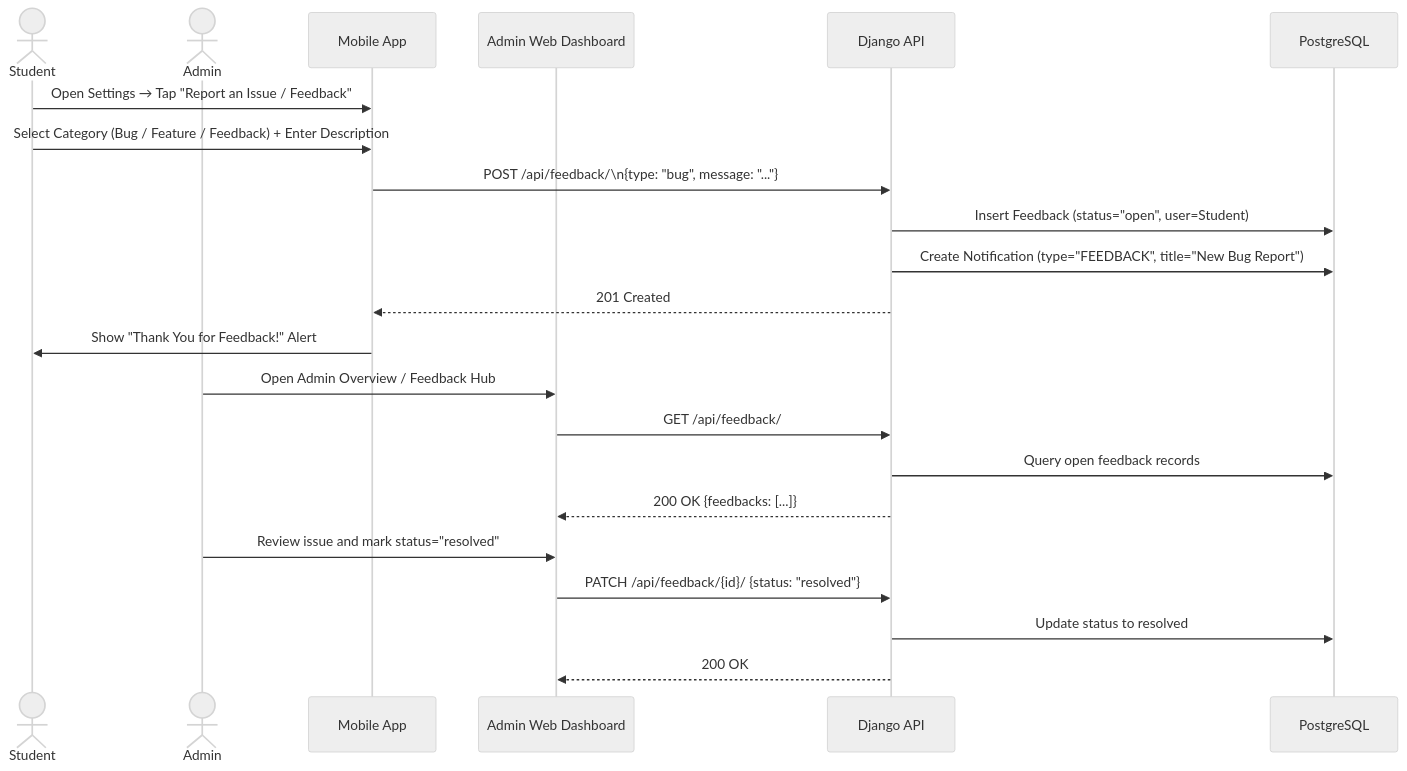
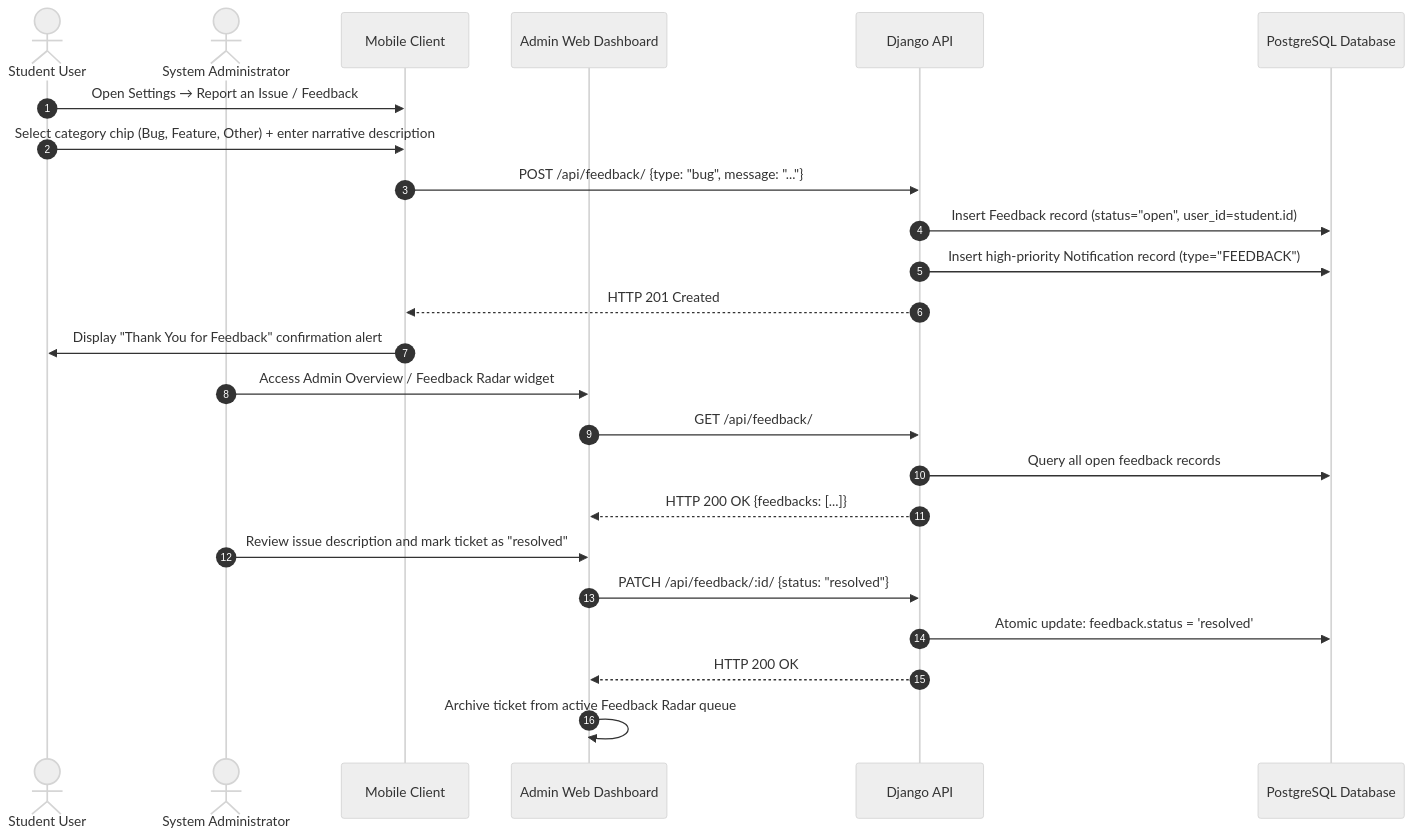
One commit to Cipher-Syntax/ARQuest changed the seventh of 11 diagrams in data-flow.md. Above: the diagram before and after it, drawn with Mermaid (neutral theme). The commit also changed other lines of this file and 8 other files, not shown here.

Commit message:
Updated: documentation + diagrams

````diff
--- a/data-flow.md
+++ b/data-flow.md
@@ -204,26 +244,28 @@
 ```mermaid
 sequenceDiagram
-    actor Student
-    actor Admin
-    participant App as Mobile App
-    participant Dashboard as Admin Web Dashboard
+    autonumber
+    actor Student as Student User
+    actor Admin as System Administrator
+    participant App as Mobile Client
+    participant Web as Admin Web Dashboard
     participant API as Django API
-    participant DB as PostgreSQL
+    participant DB as PostgreSQL Database
 
-    Student->>App: Open Settings → Tap "Report an Issue / Feedback"
-    Student->>App: Select Category (Bug / Feature / Feedback) + Enter Description
-    App->>API: POST /api/feedback/\n{type: "bug", message: "..."}
-    API->>DB: Insert Feedback (status="open", user=Student)
-    API->>DB: Create Notification (type="FEEDBACK", title="New Bug Report")
-    API-->>App: 201 Created
-    App->>Student: Show "Thank You for Feedback!" Alert
+    Student->>App: Open Settings → Report an Issue / Feedback
+    Student->>App: Select category chip (Bug, Feature, Other) + enter narrative description
+    App->>API: POST /api/feedback/ {type: "bug", message: "..."}
+    API->>DB: Insert Feedback record (status="open", user_id=student.id)
+    API->>DB: Insert high-priority Notification record (type="FEEDBACK")
+    API-->>App: HTTP 201 Created
+    App->>Student: Display "Thank You for Feedback" confirmation alert
 
-    Admin->>Dashboard: Open Admin Overview / Feedback Hub
-    Dashboard->>API: GET /api/feedback/
-    API->>DB: Query open feedback records
-    API-->>Dashboard: 200 OK {feedbacks: [...]}
-    Admin->>Dashboard: Review issue and mark status="resolved"
-    Dashboard->>API: PATCH /api/feedback/{id}/ {status: "resolved"}
-    API->>DB: Update status to resolved
-    API-->>Dashboard: 200 OK
+    Admin->>Web: Access Admin Overview / Feedback Radar widget
+    Web->>API: GET /api/feedback/
+    API->>DB: Query all open feedback records
+    API-->>Web: HTTP 200 OK {feedbacks: [...]}
+    Admin->>Web: Review issue description and mark ticket as "resolved"
+    Web->>API: PATCH /api/feedback/:id/ {status: "resolved"}
+    API->>DB: Atomic update: feedback.status = 'resolved'
+    API-->>Web: HTTP 200 OK
+    Web->>Web: Archive ticket from active Feedback Radar queue
 ```
````
